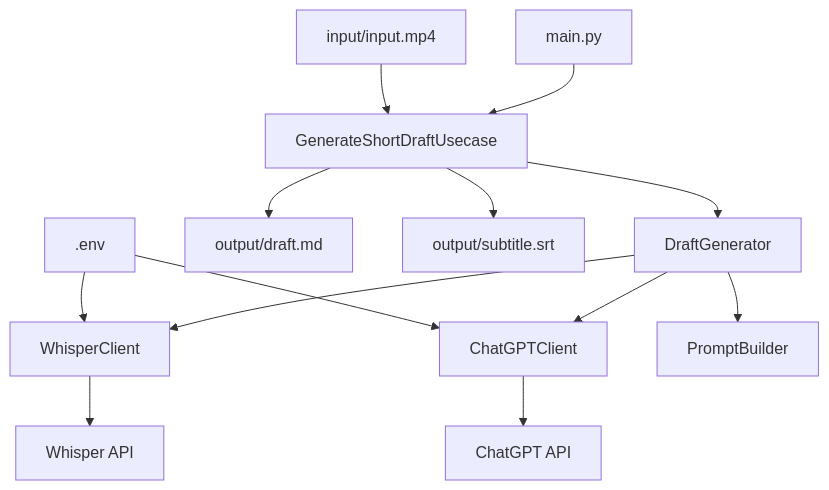
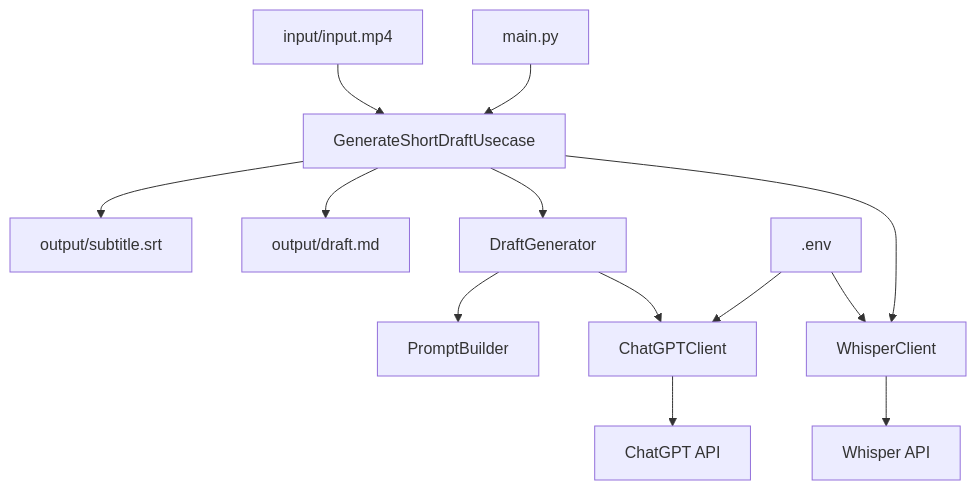
The diagram in project/summary.md (team-mirai-volunteer/shortmovie-draft-generator2), drawn with Mermaid before and after one commit. The commit also changed other lines of this file, not shown here.

````diff
--- a/project/summary.md
+++ b/project/summary.md
@@ -24,18 +24,18 @@
 ```mermaid
 graph TD
     A[main.py] --> B[GenerateShortDraftUsecase]
-    B --> C[DraftGenerator]
-    C --> D[WhisperClient]
-    C --> E[ChatGPTClient]
-    C --> F[PromptBuilder]
+    B --> C[WhisperClient]
+    B --> D[DraftGenerator]
 
-    D --> G[Whisper API]
+    D --> E[ChatGPTClient]
+    D --> F[PromptBuilder]
+    C --> G[Whisper API]
     E --> H[ChatGPT API]
 
     I[input/input.mp4] --> B
     B --> J[output/draft.md]
     B --> K[output/subtitle.srt]
 
-    L[.env] --> D
+    L[.env] --> C
     L --> E
 ```
````
